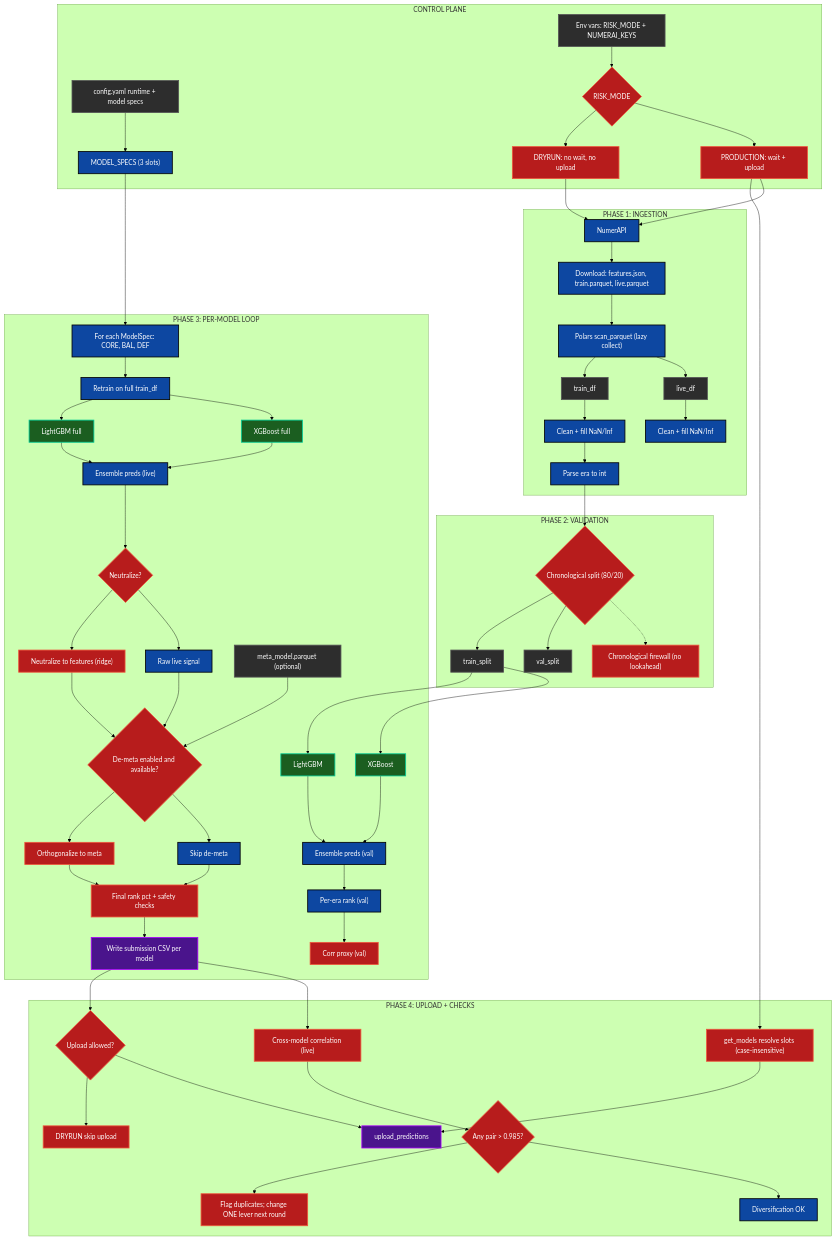
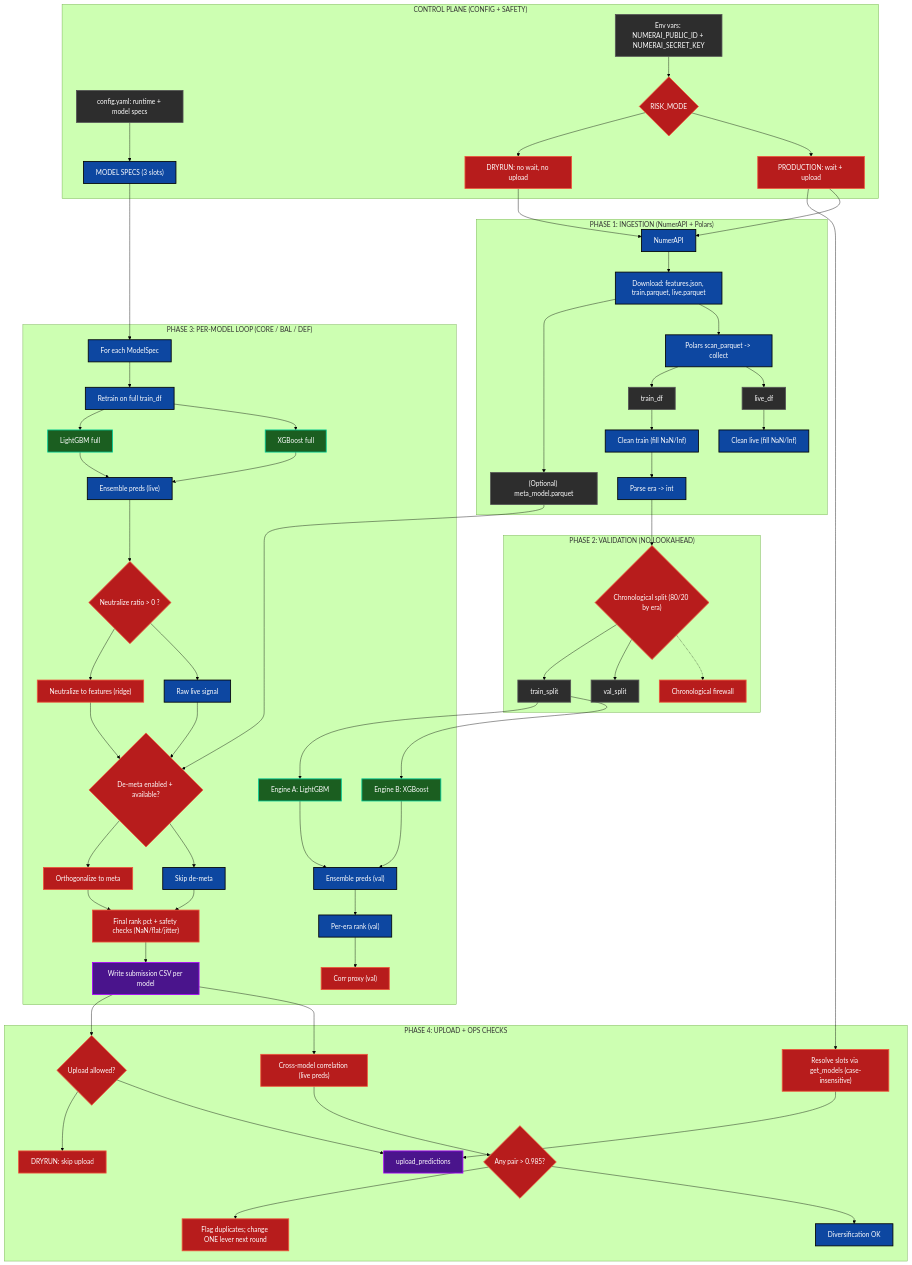
Before and after one commit to brianpenrod/market-neutral-strategy: the diagram in SYSTEM_MAP.md, drawn with Mermaid (forest theme).

````diff
--- a/SYSTEM_MAP.md
+++ b/SYSTEM_MAP.md
@@ -5,80 +5,89 @@
 ```mermaid
 graph TD
+  %% ===================== STYLES =====================
   classDef raw fill:#2d2d2d,stroke:#555,stroke-width:2px,color:#fff;
   classDef process fill:#0D47A1,stroke:#000,stroke-width:2px,color:#fff;
   classDef model fill:#1B5E20,stroke:#00cc96,stroke-width:2px,color:#fff;
   classDef logic fill:#b71c1c,stroke:#ef553b,stroke-width:2px,color:#fff;
   classDef output fill:#4a148c,stroke:#aa00ff,stroke-width:2px,color:#fff;
 
-  subgraph CONTROL["CONTROL PLANE"]
-    cfg["config.yaml runtime + model specs"]:::raw --> spec["MODEL_SPECS (3 slots)"]:::process
-    env["Env vars: RISK_MODE + NUMERAI_KEYS"]:::raw --> gate{"RISK_MODE"}:::logic
+  %% ===================== CONTROL PLANE =====================
+  subgraph CONTROL["CONTROL PLANE (CONFIG + SAFETY)"]
+    cfg["config.yaml: runtime + model specs"]:::raw --> specs["MODEL SPECS (3 slots)"]:::process
+    env["Env vars: NUMERAI_PUBLIC_ID + NUMERAI_SECRET_KEY"]:::raw --> gate{"RISK_MODE"}:::logic
     gate --> dry["DRYRUN: no wait, no upload"]:::logic
     gate --> prod["PRODUCTION: wait + upload"]:::logic
   end
 
-  subgraph INGESTION["PHASE 1: INGESTION"]
+  %% ===================== INGESTION =====================
+  subgraph INGESTION["PHASE 1: INGESTION (NumerAPI + Polars)"]
     api["NumerAPI"]:::process --> dl["Download: features.json, train.parquet, live.parquet"]:::process
-    dl --> polars["Polars scan_parquet (lazy collect)"]:::process
+    dl --> metaOpt["(Optional) meta_model.parquet"]:::raw
+    dl --> polars["Polars scan_parquet -> collect"]:::process
     polars --> train["train_df"]:::raw
     polars --> live["live_df"]:::raw
-    train --> clean["Clean + fill NaN/Inf"]:::process
-    live --> clean2["Clean + fill NaN/Inf"]:::process
-    clean --> era["Parse era to int"]:::process
+    train --> cleanT["Clean train (fill NaN/Inf)"]:::process
+    live --> cleanL["Clean live (fill NaN/Inf)"]:::process
+    cleanT --> era["Parse era -> int"]:::process
   end
 
-  subgraph VALIDATION["PHASE 2: VALIDATION"]
-    era --> split{"Chronological split (80/20)"}:::logic
+  %% ===================== VALIDATION =====================
+  subgraph VALIDATION["PHASE 2: VALIDATION (NO LOOKAHEAD)"]
+    era --> split{"Chronological split (80/20 by era)"}:::logic
     split --> tr["train_split"]:::raw
     split --> va["val_split"]:::raw
-    split -.-> note1["Chronological firewall (no lookahead)"]:::logic
+    split -.-> firewall["Chronological firewall"]:::logic
   end
 
-  subgraph MULTI["PHASE 3: PER-MODEL LOOP"]
-    spec --> loop["For each ModelSpec: CORE, BAL, DEF"]:::process
-    tr --> lgbm["LightGBM"]:::model
-    tr --> xgb["XGBoost"]:::model
+  %% ===================== PER-MODEL LOOP =====================
+  subgraph MULTI["PHASE 3: PER-MODEL LOOP (CORE / BAL / DEF)"]
+    specs --> loop["For each ModelSpec"]:::process
 
-    lgbm --> ensV["Ensemble preds (val)"]:::process
-    xgb --> ensV
-    ensV --> rankV["Per-era rank (val)"]:::process
-    rankV --> corr["Corr proxy (val)"]:::logic
+    tr --> lgbm["Engine A: LightGBM"]:::model
+    tr --> xgb["Engine B: XGBoost"]:::model
+
+    lgbm --> valEns["Ensemble preds (val)"]:::process
+    xgb --> valEns
+    valEns --> rankVal["Per-era rank (val)"]:::process
+    rankVal --> corrProxy["Corr proxy (val)"]:::logic
 
     loop --> retrain["Retrain on full train_df"]:::process
     retrain --> lgbmF["LightGBM full"]:::model
     retrain --> xgbF["XGBoost full"]:::model
 
-    lgbmF --> ensL["Ensemble preds (live)"]:::process
-    xgbF --> ensL
+    lgbmF --> liveEns["Ensemble preds (live)"]:::process
+    xgbF --> liveEns
 
-    ensL --> neut{"Neutralize?"}:::logic
+    liveEns --> neut{"Neutralize ratio > 0 ?"}:::logic
     neut --> neutLive["Neutralize to features (ridge)"]:::logic
     neut --> rawLive["Raw live signal"]:::process
 
-    meta["meta_model.parquet (optional)"]:::raw --> demeta{"De-meta enabled and available?"}:::logic
+    metaOpt --> demeta{"De-meta enabled + available?"}:::logic
     neutLive --> demeta
     rawLive --> demeta
     demeta --> orth["Orthogonalize to meta"]:::logic
-    demeta --> noorth["Skip de-meta"]:::process
+    demeta --> noOrth["Skip de-meta"]:::process
 
-    orth --> final["Final rank pct + safety checks"]:::logic
-    noorth --> final
+    orth --> final["Final rank pct + safety checks (NaN/flat/jitter)"]:::logic
+    noOrth --> final
     final --> csv["Write submission CSV per model"]:::output
   end
 
-  subgraph OPS["PHASE 4: UPLOAD + CHECKS"]
-    prod --> slots["get_models resolve slots (case-insensitive)"]:::logic
+  %% ===================== UPLOAD + OPS =====================
+  subgraph OPS["PHASE 4: UPLOAD + OPS CHECKS"]
+    prod --> slots["Resolve slots via get_models (case-insensitive)"]:::logic
     csv --> allow{"Upload allowed?"}:::logic
-    allow --> skip["DRYRUN skip upload"]:::logic
+    allow --> skip["DRYRUN: skip upload"]:::logic
     allow --> up["upload_predictions"]:::output
     slots --> up
 
-    csv --> corrM["Cross-model correlation (live)"]:::logic
-    corrM --> warn{"Any pair > 0.985?"}:::logic
-    warn --> dup["Flag duplicates; change ONE lever next round"]:::logic
-    warn --> ok["Diversification OK"]:::process
+    csv --> corrM["Cross-model correlation (live preds)"]:::logic
+    corrM --> dup{"Any pair > 0.985?"}:::logic
+    dup --> fix["Flag duplicates; change ONE lever next round"]:::logic
+    dup --> ok["Diversification OK"]:::process
   end
 
+  %% ===================== FLOW CONTROL =====================
   dry --> api
   prod --> api
 ```
````
